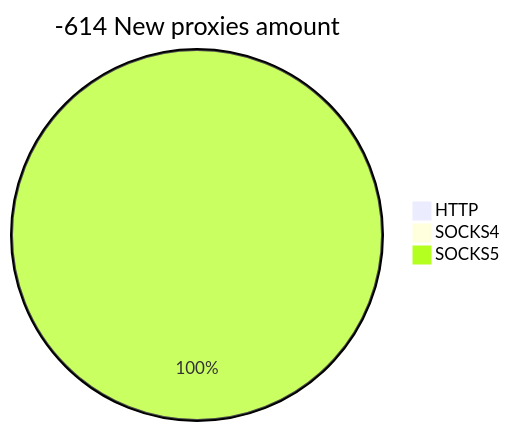
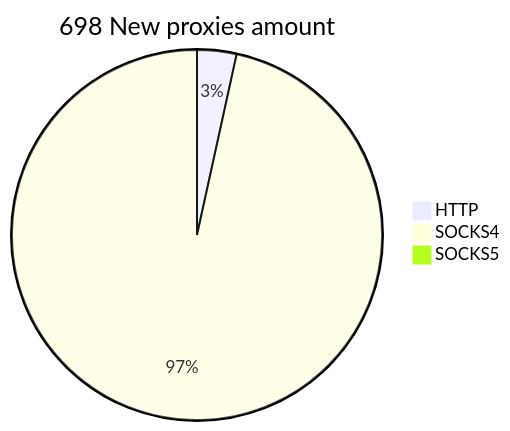
The second of 2 diagrams in README.md (cutipu/proxylist), drawn with Mermaid before and after one commit. The commit also changed other lines of this file, not shown here.

````diff
--- a/README.md
+++ b/README.md
@@ -10,6 +10,6 @@
 ```mermaid
-pie title -614 New proxies amount
-    "HTTP" : 0
-    "SOCKS4" : 0
-    "SOCKS5" : 84
+pie title 698 New proxies amount
+    "HTTP" : 24
+    "SOCKS4" : 674
+    "SOCKS5" : 0
 ```
````
